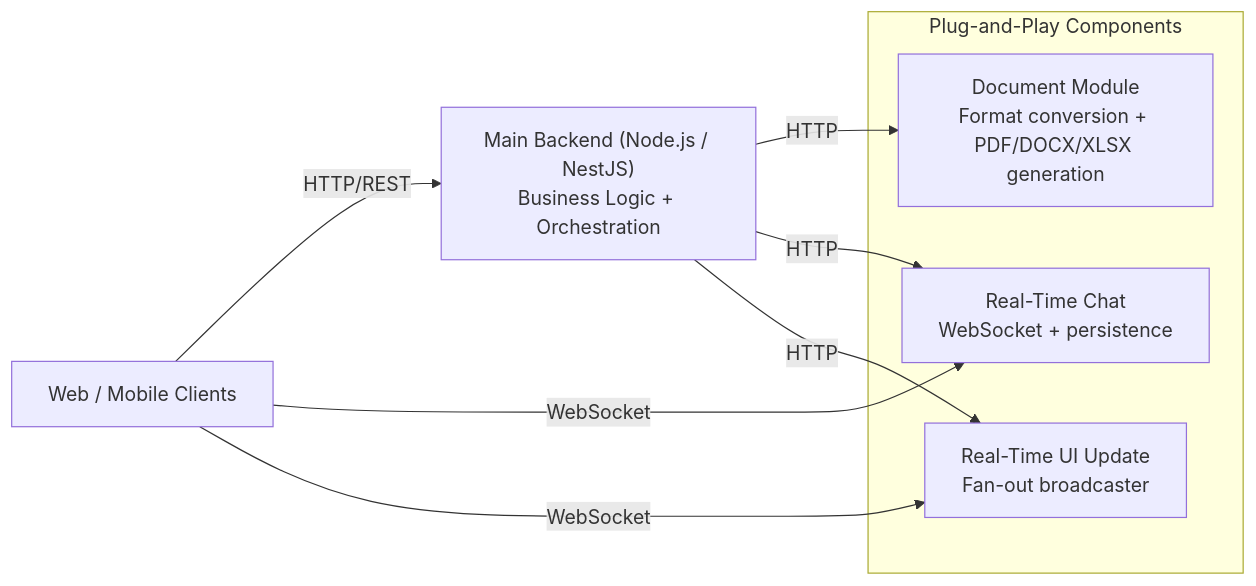
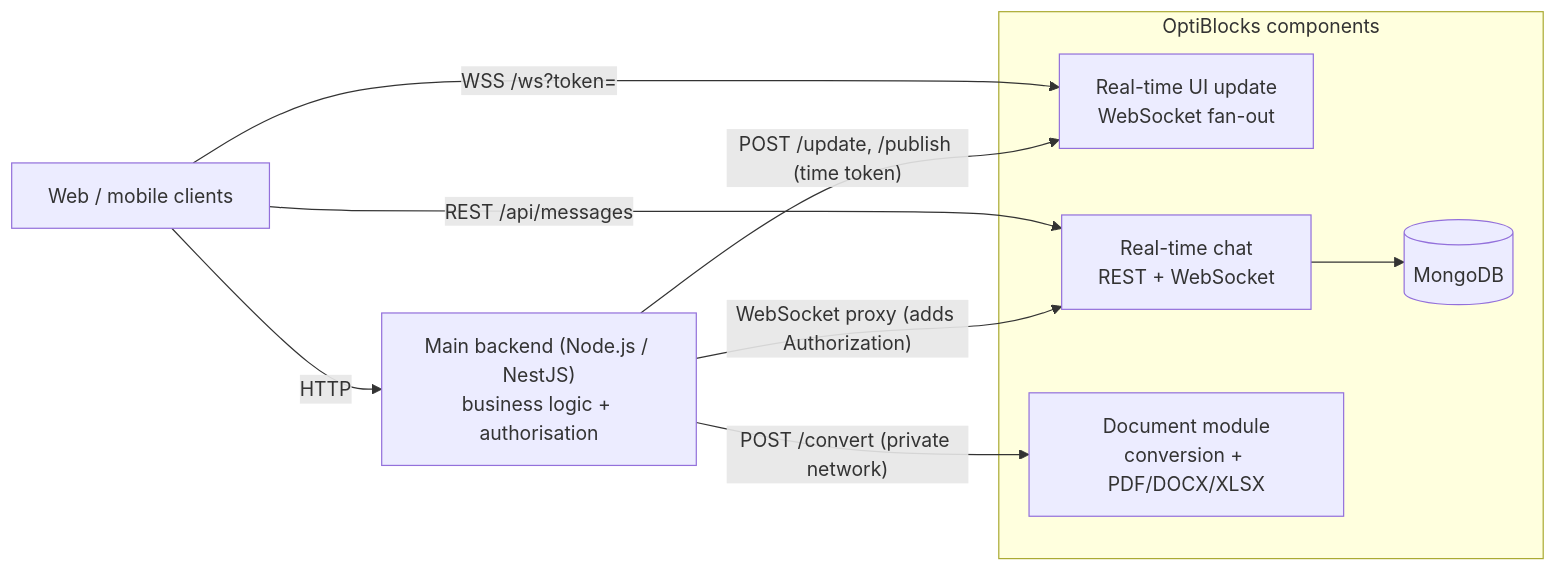
One commit to SantiagoLopezDeharo/OptiBlocks-collection changed the diagram in README.md. Above: the diagram before and after it, drawn with Mermaid. The commit also changed other lines of this file and 6 other files, not shown here.

````diff
--- a/README.md
+++ b/README.md
@@ -18,20 +74,20 @@
 ```mermaid
 flowchart LR
-  client[Web / Mobile Clients]
-  api["Main Backend (Node.js / NestJS)<br/>Business Logic + Orchestration"]
+  browser[Web / mobile clients]
+  api["Main backend (Node.js / NestJS)<br/>business logic + authorisation"]
 
-  subgraph components[Plug-and-Play Components]
-    doc["Document Module<br/>Format conversion + PDF/DOCX/XLSX generation"]
-    chat["Real-Time Chat<br/>WebSocket + persistence"]
-    ui["Real-Time UI Update<br/>Fan-out broadcaster"]
+  subgraph components[OptiBlocks components]
+    ui["Real-time UI update<br/>WebSocket fan-out"]
+    chat["Real-time chat<br/>REST + WebSocket"]
+    db[(MongoDB)]
+    doc["Document module<br/>conversion + PDF/DOCX/XLSX"]
   end
 
-  client -->|HTTP/REST| api
-  client -->|WebSocket| chat
-  client -->|WebSocket| ui
-
-  api -->|HTTP| doc
-  api -->|HTTP| chat
-  api -->|HTTP| ui
-
+  browser -->|HTTP| api
+  browser -->|"WSS /ws?token="| ui
+  browser -->|"REST /api/messages"| chat
+  api -->|"POST /update, /publish (time token)"| ui
+  api -->|"WebSocket proxy (adds Authorization)"| chat
+  api -->|"POST /convert (private network)"| doc
+  chat --> db
 ```
````
